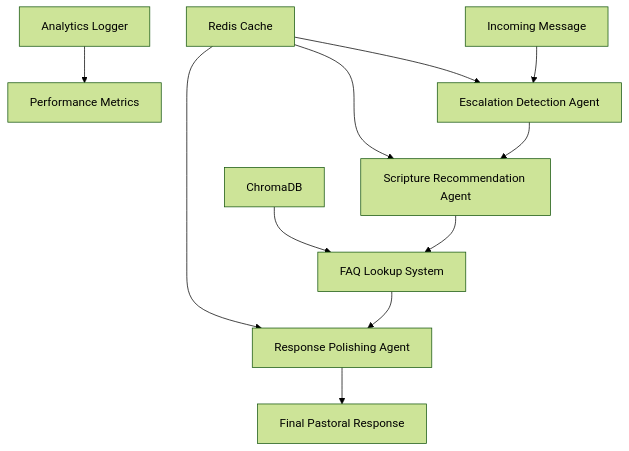
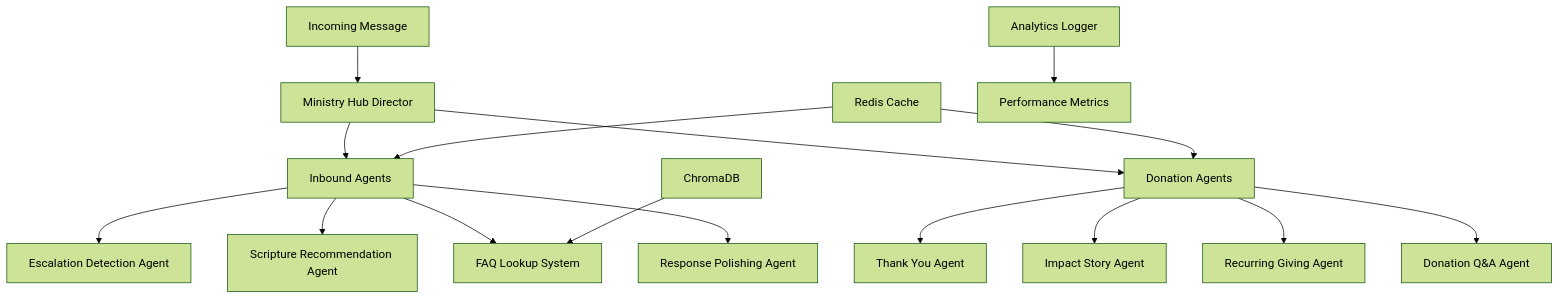
The diagram in README.md (Sage-Nwanne/Ministry_Ai_Hub), drawn with Mermaid (forest theme) before and after one commit. The commit also changed other lines of this file and 1 other file, not shown here.

Commit message:
unused import in ministry_hub_main.py, updated README file

````diff
--- a/README.md
+++ b/README.md
@@ -24,15 +28,21 @@
 ```mermaid
 graph TD
-    A[Incoming Message] --> B[Escalation Detection Agent]
-    B --> C[Scripture Recommendation Agent]
-    C --> D[FAQ Lookup System]
-    D --> E[Response Polishing Agent]
-    E --> F[Final Pastoral Response]
+    A[Incoming Message] --> B[Ministry Hub Director]
+    B --> C[Inbound Agents]
+    B --> D[Donation Agents]
     
-    G[Redis Cache] --> B
-    G --> C
-    G --> E
+    C --> E[Escalation Detection Agent]
+    C --> F[Scripture Recommendation Agent]
+    C --> G[FAQ Lookup System]
+    C --> H[Response Polishing Agent]
     
-    H[ChromaDB] --> D
-    I[Analytics Logger] --> J[Performance Metrics]
+    D --> I[Thank You Agent]
+    D --> J[Impact Story Agent]
+    D --> K[Recurring Giving Agent]
+    D --> L[Donation Q&A Agent]
+    
+    M[Redis Cache] --> C
+    M --> D
+    N[ChromaDB] --> G
+    O[Analytics Logger] --> P[Performance Metrics]
 ```
````
